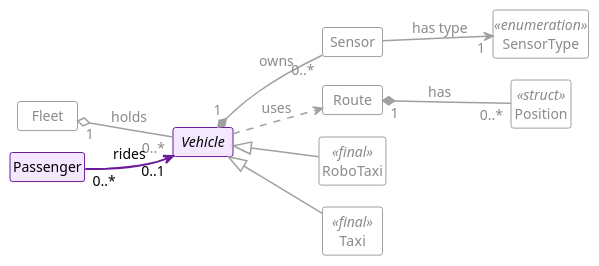
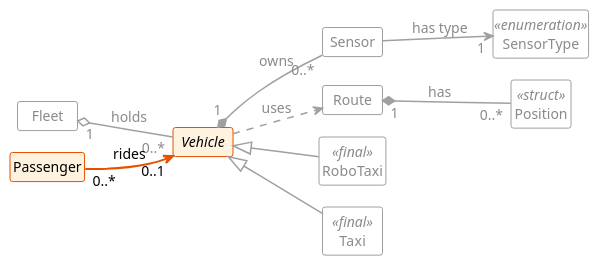
The diagram in project/week9/uml/model_l9_association.plantuml (zeidk/enpm702-fall-2026-cpp), drawn with PlantUML before and after one commit. The commit also changed 28 other files, not shown here.

First line of the commit message:
week9: RoboTaxi zone and automation level, find and erase_if examples, new slide numbers

```diff
--- a/project/week9/uml/model_l9_association.plantuml
+++ b/project/week9/uml/model_l9_association.plantuml
@@ -1,91 +1,93 @@
 @startuml model_l9_association
 ' Generated for the slides.
 !theme mono
 skinparam backgroundColor white
 skinparam defaultFontName "Fira Sans"
 skinparam defaultFontSize 14
 skinparam shadowing false
 skinparam classAttributeIconSize 0
 skinparam nodesep 22
 skinparam ranksep 50
 skinparam ArrowThickness 1.5
 hide circle
 hide members
 skinparam minClassWidth 60
 skinparam classStereotypeFontSize 14
 left to right direction
 
 class Fleet #back:FFFFFF;line:A0A0A0;text:8A8A8A {
   - vehicles_ : vector<shared_ptr<Vehicle>>
   + add(shared_ptr<Vehicle>) : void
   + remove(int) : bool
   + size() : size_t
 }
-class Passenger #back:F3E8FF;line:6A1B9A;text:000000 {
+class Passenger #back:FFF3E0;line:E65100;text:000000 {
   - name_ : string
   - ride_ : weak_ptr<Vehicle>
   + board(shared_ptr<Vehicle>) : void
   + leave() : void
 }
-abstract class Vehicle #back:F3E8FF;line:6A1B9A;text:000000 {
+abstract class Vehicle #back:FFF3E0;line:E65100;text:000000 {
   - id_ : int
   - {static} next_id_ : int
   - max_speed_ : double
   - speed_ : double
   - color_ : string
   - mileage_ : double
   - sensors_ : vector<unique_ptr<Sensor>>
   + Vehicle(double)
   + get_id() : int
   + get_color() : const string&
   + get_max_speed() : double
   + get_speed() : double
   + set_speed(double) : void
   + get_mileage() : double
   + add_mileage(double) : void
   + add_sensor(SensorType, double) : int
   + sensor_count() : size_t
   + get_sensors() : const vector<unique_ptr<Sensor>>&
   + {abstract} drive(const Route&) : void
   # log_event(const string&) : void
 }
 class Sensor #back:FFFFFF;line:A0A0A0;text:8A8A8A {
   - id_ : int
   - type_ : SensorType
   - range_ : double
   + Sensor(int, SensorType, double)
   + get_id() : int
   + get_type() : SensorType
   + get_range() : double
 }
 enum SensorType <<enumeration>> #back:FFFFFF;line:A0A0A0;text:8A8A8A {
   lidar
   camera
   radar
 }
 class Route #back:FFFFFF;line:A0A0A0;text:8A8A8A {
   - waypoints_ : vector<Position>
   + add(Position) : void
   + length() : double
 }
 class Position <<struct>> #back:FFFFFF;line:A0A0A0;text:8A8A8A {
   + x : double
   + y : double
 }
 class RoboTaxi <<final>> #back:FFFFFF;line:A0A0A0;text:8A8A8A {
+  - operating_zone_ : string
+  - automation_level_ : int
   + drive(const Route&) : void
 }
 class Taxi <<final>> #back:FFFFFF;line:A0A0A0;text:8A8A8A {
   - driver_name_ : string
   + drive(const Route&) : void
 }
 
 Fleet "<color:#8A8A8A>1</color>" o-[#A0A0A0]- "<color:#8A8A8A>0..*</color>" Vehicle : <color:#8A8A8A>holds</color>
-Passenger "<color:#000000>0..*</color>" -[#6A1B9A,thickness=2]-> "<color:#000000>0..1</color>" Vehicle : <color:#000000>rides</color>
+Passenger "<color:#000000>0..*</color>" -[#E65100,thickness=2]-> "<color:#000000>0..1</color>" Vehicle : <color:#000000>rides</color>
 Vehicle "<color:#8A8A8A>1</color>" *-[#A0A0A0]- "<color:#8A8A8A>0..*</color>" Sensor : <color:#8A8A8A>owns</color>
 Vehicle .[#A0A0A0].> Route : <color:#8A8A8A>uses</color>
 Route "<color:#8A8A8A>1</color>" *-[#A0A0A0]- "<color:#8A8A8A>0..*</color>" Position : <color:#8A8A8A>has</color>
 Sensor -[#A0A0A0]-> "<color:#8A8A8A>1</color>" SensorType : <color:#8A8A8A>has type</color>
 Vehicle <|-[#A0A0A0]- RoboTaxi
 Vehicle <|-[#A0A0A0]- Taxi
 @enduml
```
